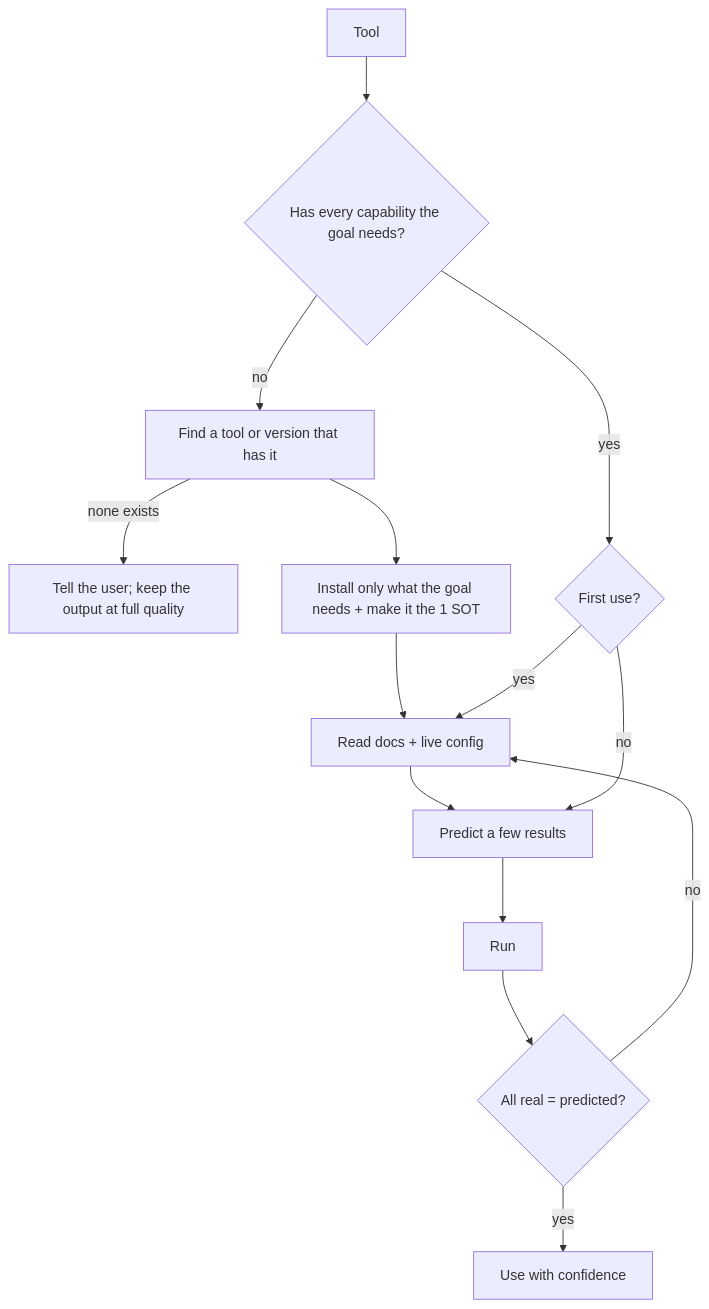
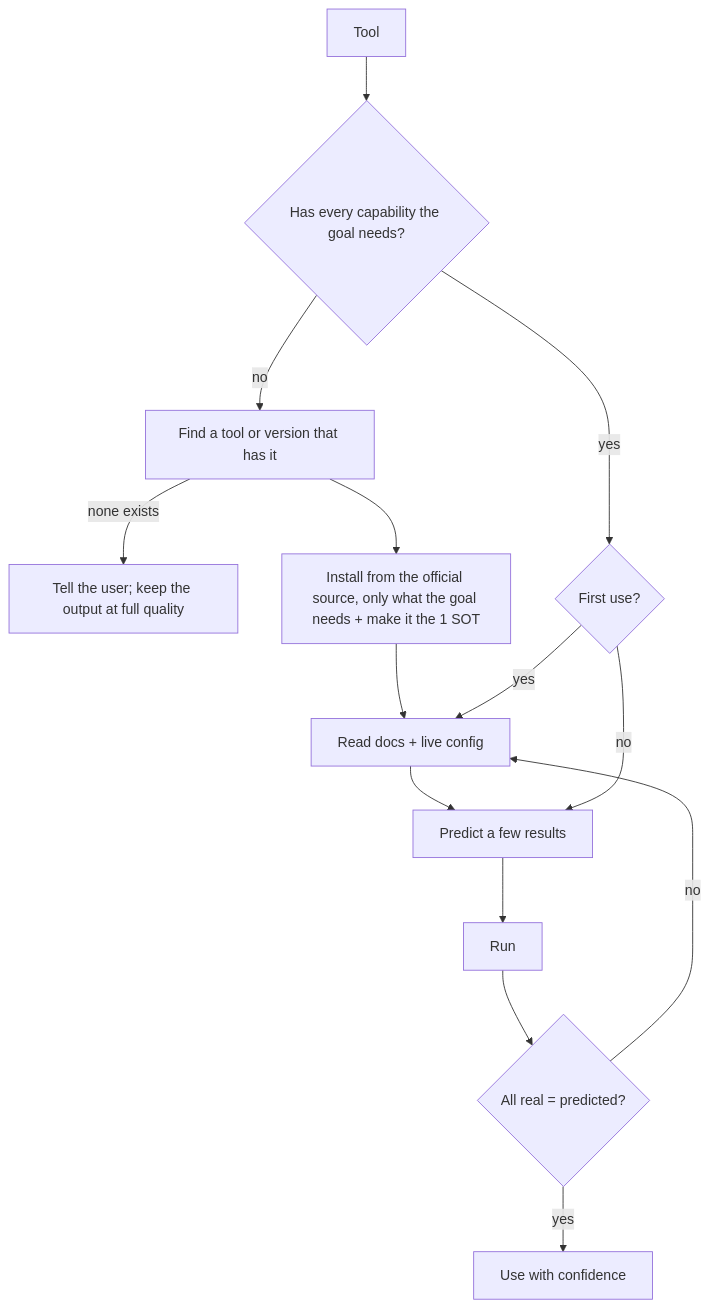
The fifth of 14 diagrams in AGENTS.md (SolenixAI/arbiter), drawn with Mermaid before and after one commit. The commit also changed other lines of this file, not shown here.

````diff
--- a/AGENTS.md
+++ b/AGENTS.md
@@ -192,13 +192,13 @@
 ```mermaid
 flowchart TD
   T[Tool] --> H{Has every capability the goal needs?}
   H -->|no| F[Find a tool or version that has it]
   F -->|none exists| X[Tell the user; keep the output at full quality]
-  F --> I[Install only what the goal needs + make it the 1 SOT] --> D
+  F --> I[Install from the official source, only what the goal needs + make it the 1 SOT] --> D
   H -->|yes| FU{First use?}
   FU -->|yes| D[Read docs + live config] --> P[Predict a few results] --> R[Run]
   FU -->|no| P
   R --> C{All real = predicted?}
   C -->|no| D
   C -->|yes| U[Use with confidence]
 ```
````
